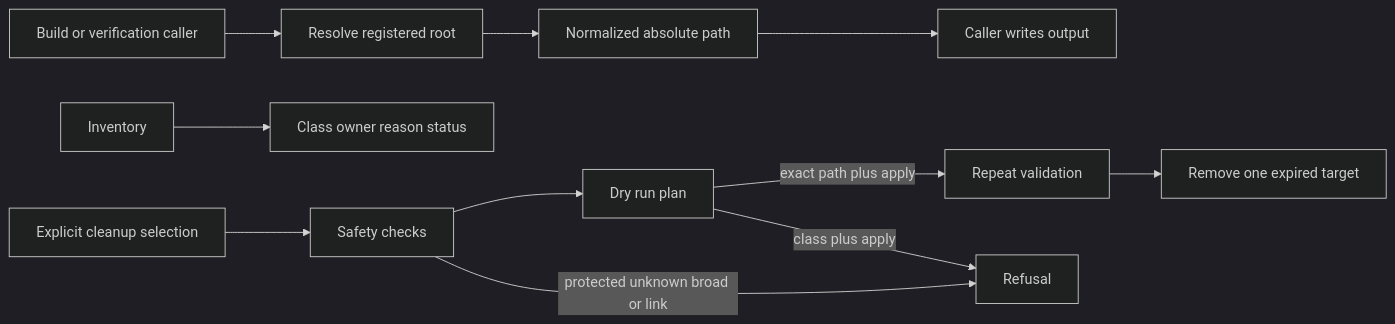
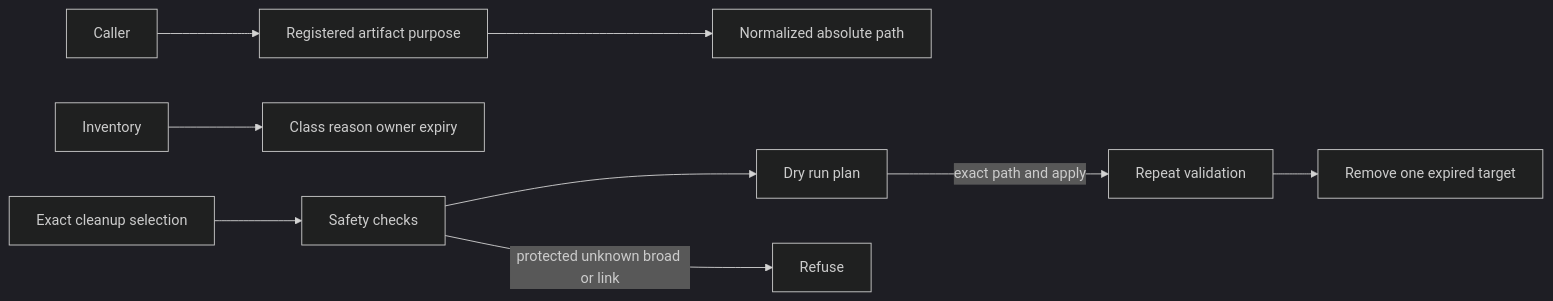
One commit to alexwck/dbcode-wrapper changed the diagram in wiki/modules/generated-workspace-retention.md. Above: the diagram before and after it, drawn with Mermaid (dark theme). The commit also changed other lines of this file and 15 other files, not shown here.

````diff
--- a/wiki/modules/generated-workspace-retention.md
+++ b/wiki/modules/generated-workspace-retention.md
@@ -33,13 +35,11 @@
 ```mermaid
 flowchart LR
-  C[Build or verification caller] --> R[Resolve registered root]
+  C[Caller] --> R[Registered artifact purpose]
   R --> N[Normalized absolute path]
-  N --> W[Caller writes output]
-  I[Inventory] --> P[Class owner reason status]
-  S[Explicit cleanup selection] --> G[Safety checks]
+  I[Inventory] --> P[Class reason owner expiry]
+  S[Exact cleanup selection] --> G[Safety checks]
   G --> D[Dry run plan]
-  D -->|exact path plus apply| V[Repeat validation]
+  D -->|exact path and apply| V[Repeat validation]
   V --> X[Remove one expired target]
-  G -->|protected unknown broad or link| F[Refusal]
-  D -->|class plus apply| F
+  G -->|protected unknown broad or link| F[Refuse]
 ```
````
